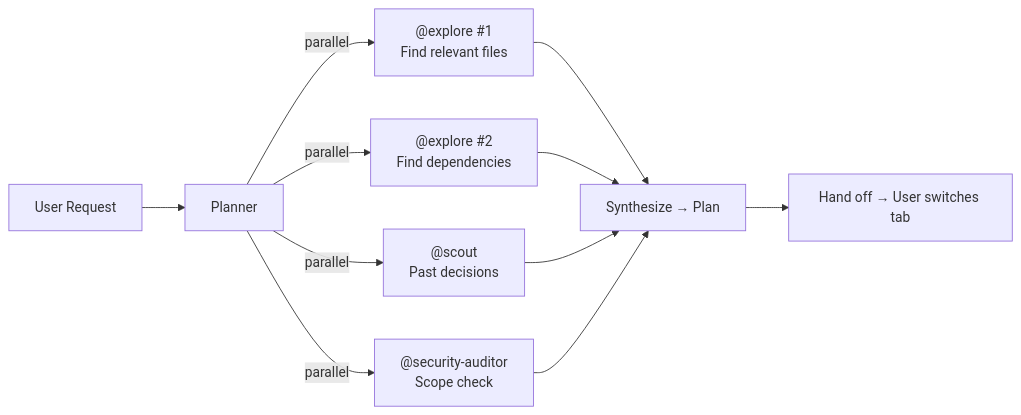
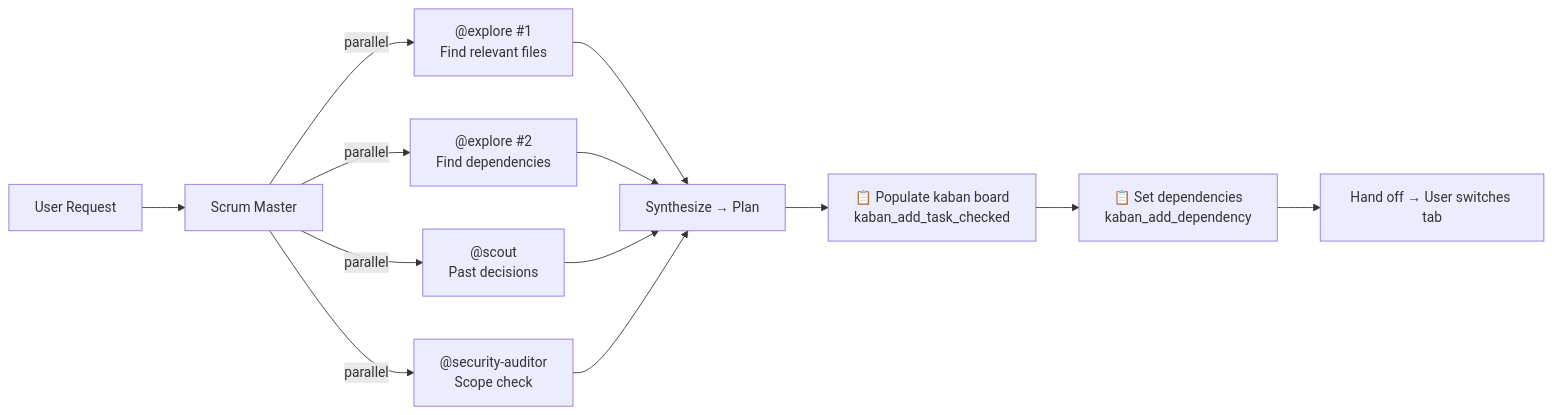
Before and after one commit to jtmb/ingenium: the third of 4 diagrams in docs/agents.md, drawn with Mermaid. The commit also changed other lines of this file and 62 other files, not shown here.

````diff
--- a/docs/agents.md
+++ b/docs/agents.md
@@ -278,13 +368,15 @@
 ```mermaid
 flowchart LR
-    REQ["User Request"] --> P["Planner"]
+    REQ["User Request"] --> P["Scrum Master"]
     P -->|parallel| E1["@explore #1<br/>Find relevant files"]
     P -->|parallel| E2["@explore #2<br/>Find dependencies"]
     P -->|parallel| SC["@scout<br/>Past decisions"]
     P -->|parallel| SA["@security-auditor<br/>Scope check"]
     E1 --> SYNTH["Synthesize → Plan"]
     E2 --> SYNTH
     SC --> SYNTH
     SA --> SYNTH
-    SYNTH --> HANDOFF["Hand off → User switches tab"]
+    SYNTH --> KABAN["📋 Populate kaban board<br/>kaban_add_task_checked"]
+    KABAN --> DEP["📋 Set dependencies<br/>kaban_add_dependency"]
+    DEP --> HANDOFF["Hand off → User switches tab"]
 ```
````
